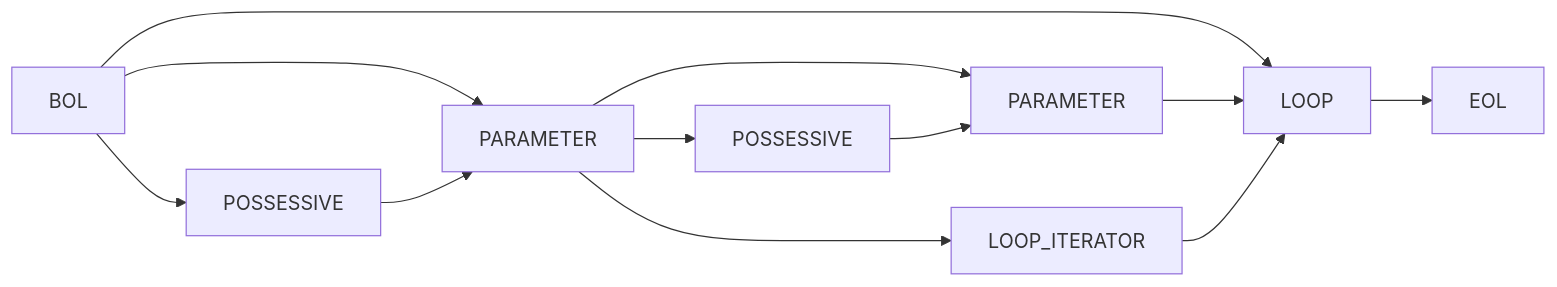
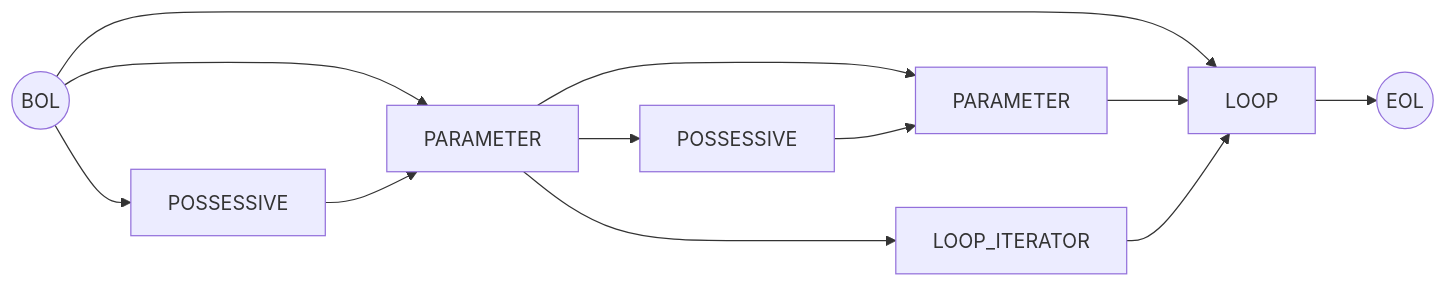
One commit to rewhowe/snapdragon changed the fifth of 15 diagrams in documentation/nfsm.md. Above: the diagram before and after it, drawn with Mermaid. The commit also changed other lines of this file and 16 other files, not shown here.

````diff
--- a/documentation/nfsm.md
+++ b/documentation/nfsm.md
@@ -113,20 +117,20 @@
 ```mermaid
 graph LR
-  BOL --> PARAMETER_1[PARAMETER]
+  BOL((BOL)) --> PARAMETER_1[PARAMETER]
   BOL --> POSSESSIVE_1[POSSESSIVE]
   BOL --> LOOP
 
   PARAMETER_1[PARAMETER] --> PARAMETER_2[PARAMETER]
   PARAMETER_1[PARAMETER] --> LOOP_ITERATOR
   PARAMETER_1[PARAMETER] --> POSSESSIVE_2[PARAMETER]
 
   PARAMETER_2[PARAMETER] --> LOOP
 
   POSSESSIVE_1[POSSESSIVE] --> PARAMETER_1[PARAMETER]
 
   POSSESSIVE_2[POSSESSIVE] --> PARAMETER_2[PARAMETER]
 
   LOOP_ITERATOR --> LOOP
 
-  LOOP --> EOL
+  LOOP --> EOL((EOL))
 ```
````
